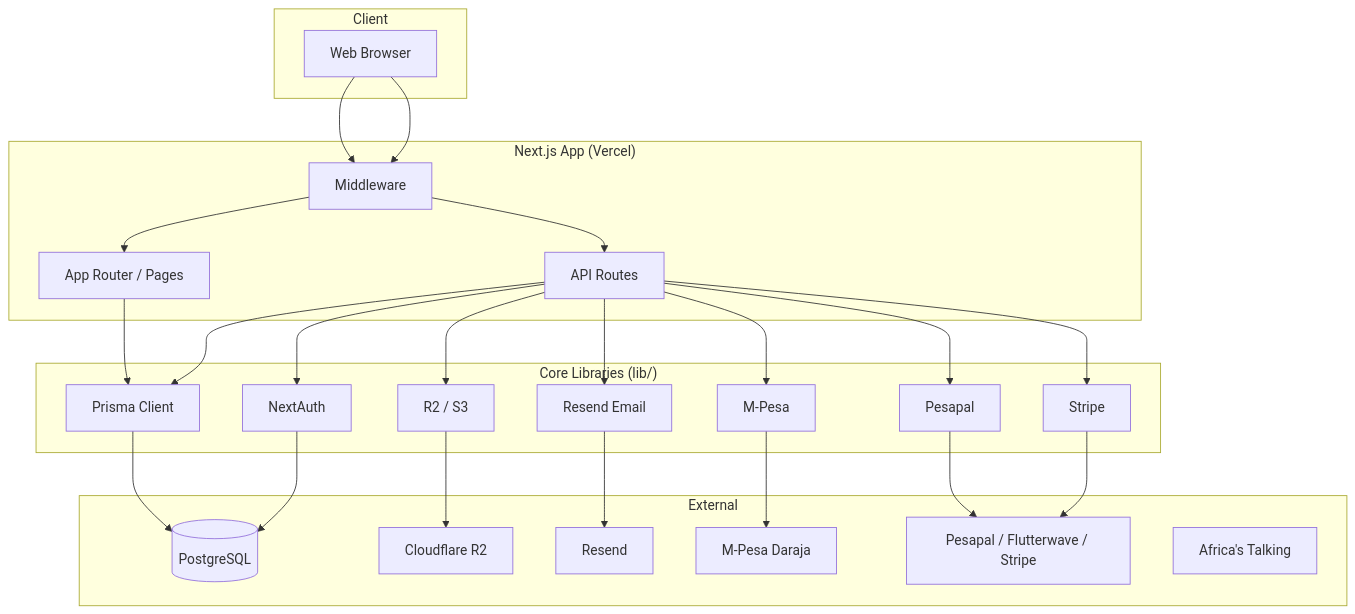
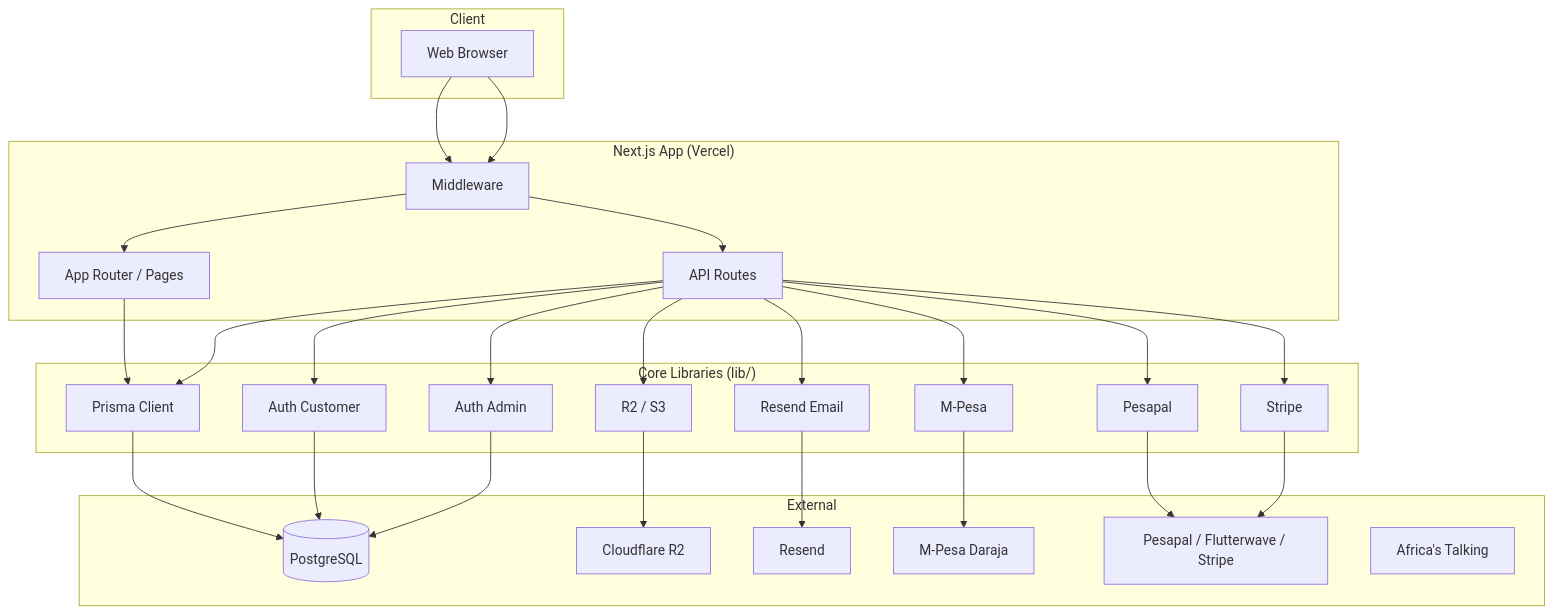
Before and after one commit to Ezana-Group/printhub_africa: the first of 2 diagrams in docs/SYSTEM_ARCHITECTURE.md, drawn with Mermaid. The commit also changed other lines of this file, not shown here.

Commit message:
docs: update system architecture with new auth split and 2FA

````diff
--- a/docs/SYSTEM_ARCHITECTURE.md
+++ b/docs/SYSTEM_ARCHITECTURE.md
@@ -42,49 +42,52 @@
 ```mermaid
 flowchart TB
   subgraph Client
     Browser[Web Browser]
   end
 
   subgraph "Next.js App (Vercel)"
     AppRouter[App Router / Pages]
     APIRoutes[API Routes]
     Middleware[Middleware]
   end
 
   subgraph "Core Libraries (lib/)"
-    Auth[NextAuth]
+    AuthCust[Auth Customer]
+    AuthAdmin[Auth Admin]
     PrismaLib[Prisma Client]
     Email[Resend Email]
     S3R2[R2 / S3]
     Mpesa[M-Pesa]
     Pesapal[Pesapal]
     Stripe[Stripe]
   end
 
   subgraph External
     DB[(PostgreSQL)]
     R2[Cloudflare R2]
     Resend[Resend]
     Daraja[M-Pesa Daraja]
     PaymentGW[Pesapal / Flutterwave / Stripe]
     SMS[Africa's Talking]
   end
 
   Browser --> Middleware --> AppRouter
   Browser --> Middleware --> APIRoutes
   AppRouter --> PrismaLib
-  APIRoutes --> Auth
+  APIRoutes --> AuthCust
+  APIRoutes --> AuthAdmin
   APIRoutes --> PrismaLib
   APIRoutes --> Email
   APIRoutes --> S3R2
   APIRoutes --> Mpesa
   APIRoutes --> Pesapal
   APIRoutes --> Stripe
   PrismaLib --> DB
   S3R2 --> R2
   Email --> Resend
   Mpesa --> Daraja
   Pesapal --> PaymentGW
   Stripe --> PaymentGW
-  Auth --> DB
+  AuthCust --> DB
+  AuthAdmin --> DB
 ```
````
